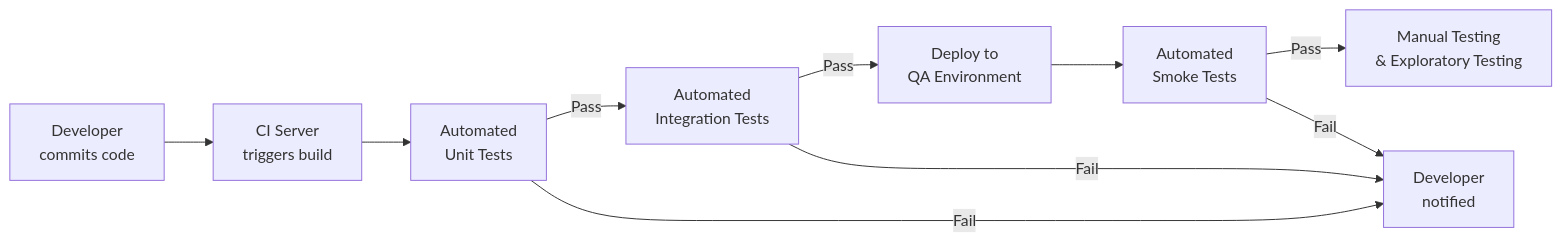
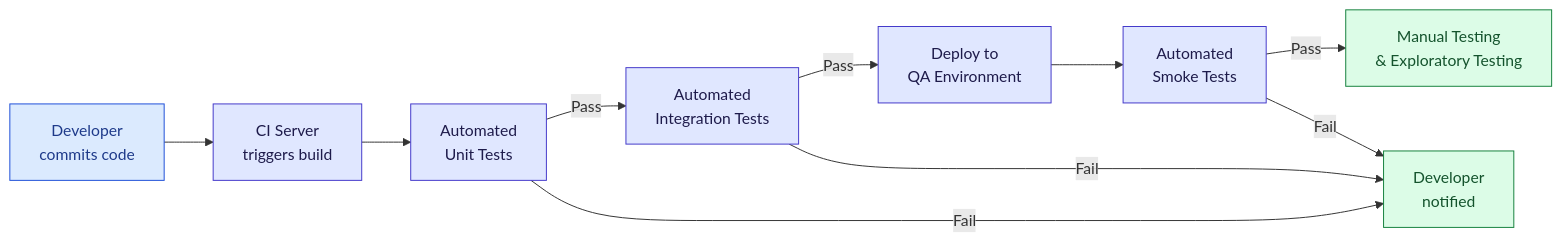
Before and after one commit to ghanendra-sdet/manual-testing-playbook: the sixth of 10 diagrams in Part_09_Agile_Testing.md, drawn with Mermaid. The commit also changed other lines of this file and 15 other files, not shown here.

Commit message:
Fix broken routes and anchors; update OWASP 2025, ISTQB v4.0, WCAG 2.2, Jira/Zephyr naming and pricing; style diagrams

````diff
--- a/Part_09_Agile_Testing.md
+++ b/Part_09_Agile_Testing.md
@@ -706,12 +740,21 @@
 ```mermaid
 graph LR
     A["Developer<br/>commits code"] --> B["CI Server<br/>triggers build"]
     B --> C["Automated<br/>Unit Tests"]
     C -->|Pass| D["Automated<br/>Integration Tests"]
     C -->|Fail| E["Developer<br/>notified"]
     D -->|Pass| F["Deploy to<br/>QA Environment"]
     D -->|Fail| E
     F --> G["Automated<br/>Smoke Tests"]
     G -->|Pass| H["Manual Testing<br/>& Exploratory Testing"]
     G -->|Fail| E
+
+    classDef start fill:#dbeafe,stroke:#1d4ed8,color:#1e3a8a
+    classDef step fill:#e0e7ff,stroke:#4338ca,color:#1e1b4b
+    classDef decision fill:#fef3c7,stroke:#b45309,color:#78350f
+    classDef good fill:#dcfce7,stroke:#15803d,color:#14532d
+    classDef bad fill:#fee2e2,stroke:#b91c1c,color:#7f1d1d
+    class A start
+    class B,C,D,F,G step
+    class E,H good
 ```
````
